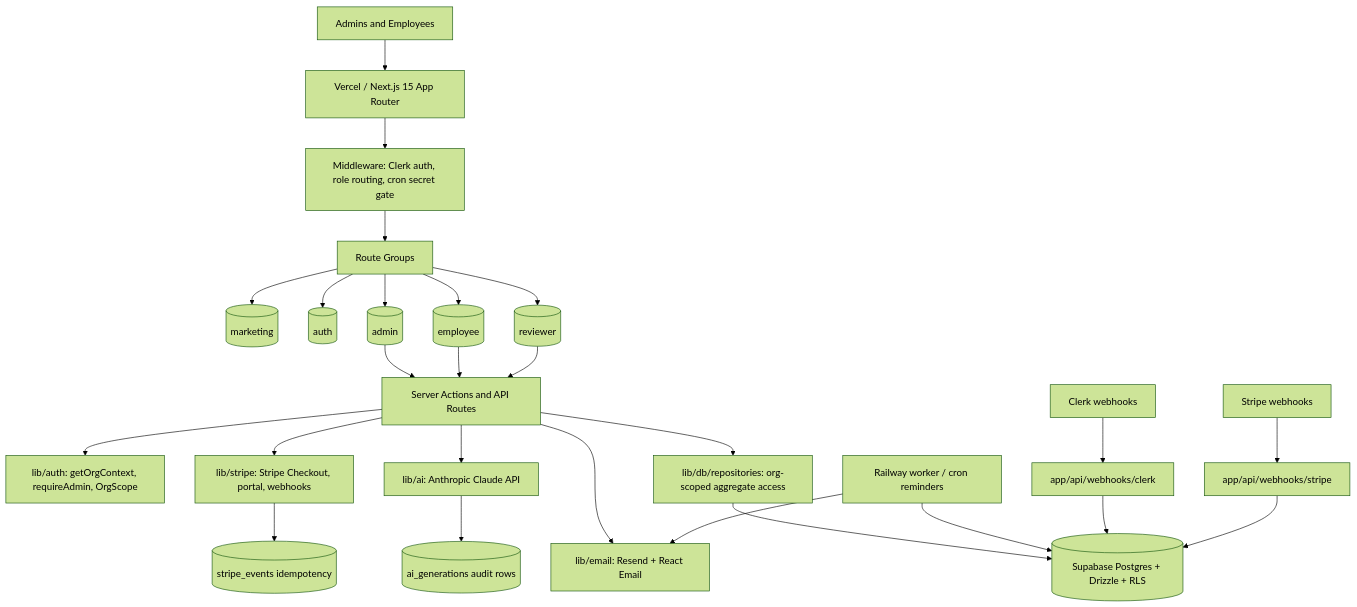
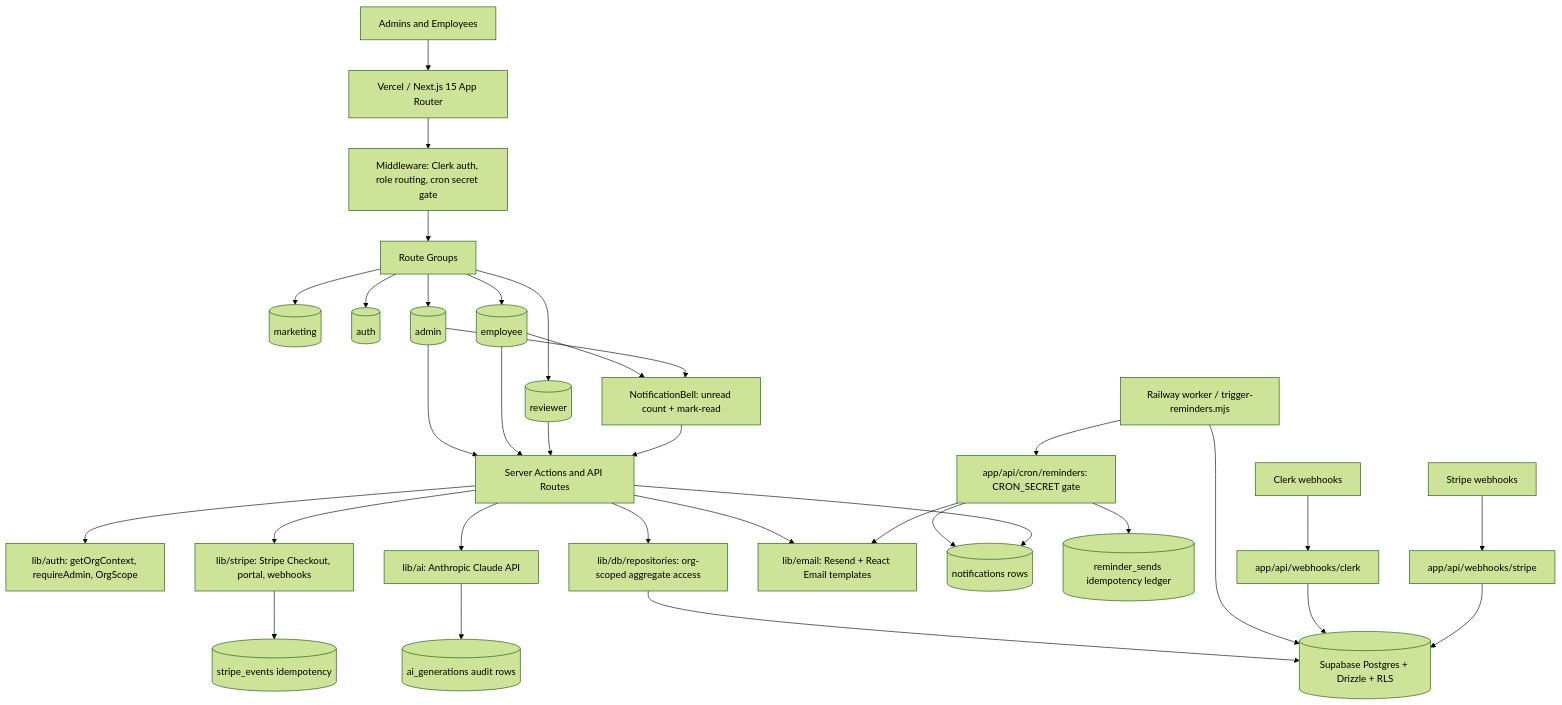
Before and after one commit to mmtuentertainment/PolicyPilot: the diagram in .planning/consultant/system_map.md, drawn with Mermaid (forest theme). The commit also changed other lines of this file and 77 other files, not shown here.

First line of the commit message:
feat(07): Crons + Email — Railway worker, Resend templates, idempotent reminders, notification bell (#44)

````diff
--- a/.planning/consultant/system_map.md
+++ b/.planning/consultant/system_map.md
@@ -19,35 +19,44 @@
 ```mermaid
 flowchart TD
   U[Admins and Employees] --> V[Vercel / Next.js 15 App Router]
 
   V --> M[Middleware: Clerk auth, role routing, cron secret gate]
   M --> RG[Route Groups]
   RG --> PUB[(marketing)]
   RG --> AUTH[(auth)]
   RG --> ADMIN[(admin)]
   RG --> EMP[(employee)]
   RG --> REV[(reviewer)]
 
   ADMIN --> SA[Server Actions and API Routes]
   EMP --> SA
   REV --> SA
+
+  EMP --> BELL[NotificationBell: unread count + mark-read]
+  ADMIN --> BELL
+  BELL --> SA
+
   SA --> AUTHLIB[lib/auth: getOrgContext, requireAdmin, OrgScope]
   SA --> REPOS[lib/db/repositories: org-scoped aggregate access]
   REPOS --> DB[(Supabase Postgres + Drizzle + RLS)]
 
   SA --> AI[lib/ai: Anthropic Claude API]
   AI --> AIGEN[(ai_generations audit rows)]
 
   SA --> STRIPE[lib/stripe: Stripe Checkout, portal, webhooks]
   STRIPE --> STRIPE_EVENTS[(stripe_events idempotency)]
 
-  SA --> EMAIL[lib/email: Resend + React Email]
-  RAILWAY[Railway worker / cron reminders] --> EMAIL
+  SA --> EMAIL[lib/email: Resend + React Email templates]
+  RAILWAY[Railway worker / trigger-reminders.mjs] --> CRON[app/api/cron/reminders: CRON_SECRET gate]
+  CRON --> EMAIL
+  CRON --> NOTIF[(notifications rows)]
+  CRON --> RSEND[(reminder_sends idempotency ledger)]
+  SA --> NOTIF
   RAILWAY --> DB
 
   CLERK[Clerk webhooks] --> WH[app/api/webhooks/clerk]
   WH --> DB
 
   STRIPE_EXT[Stripe webhooks] --> SWH[app/api/webhooks/stripe]
   SWH --> DB
 ```
````
